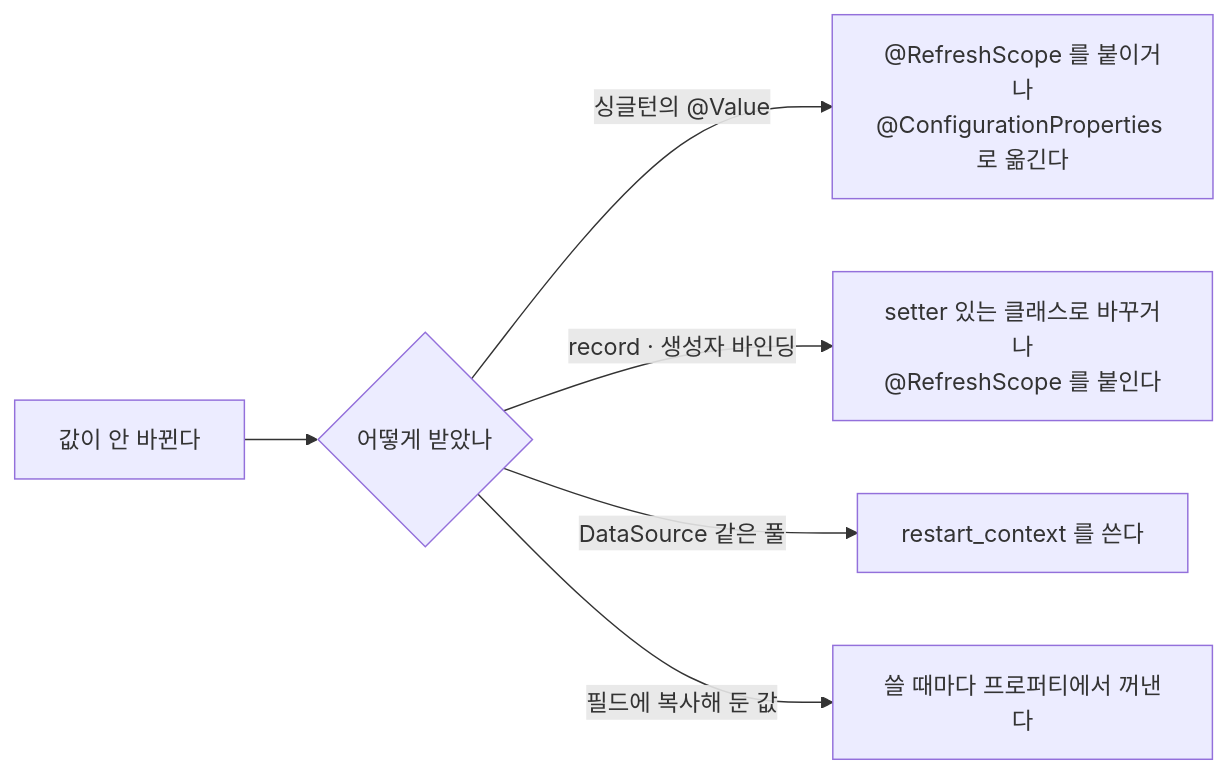
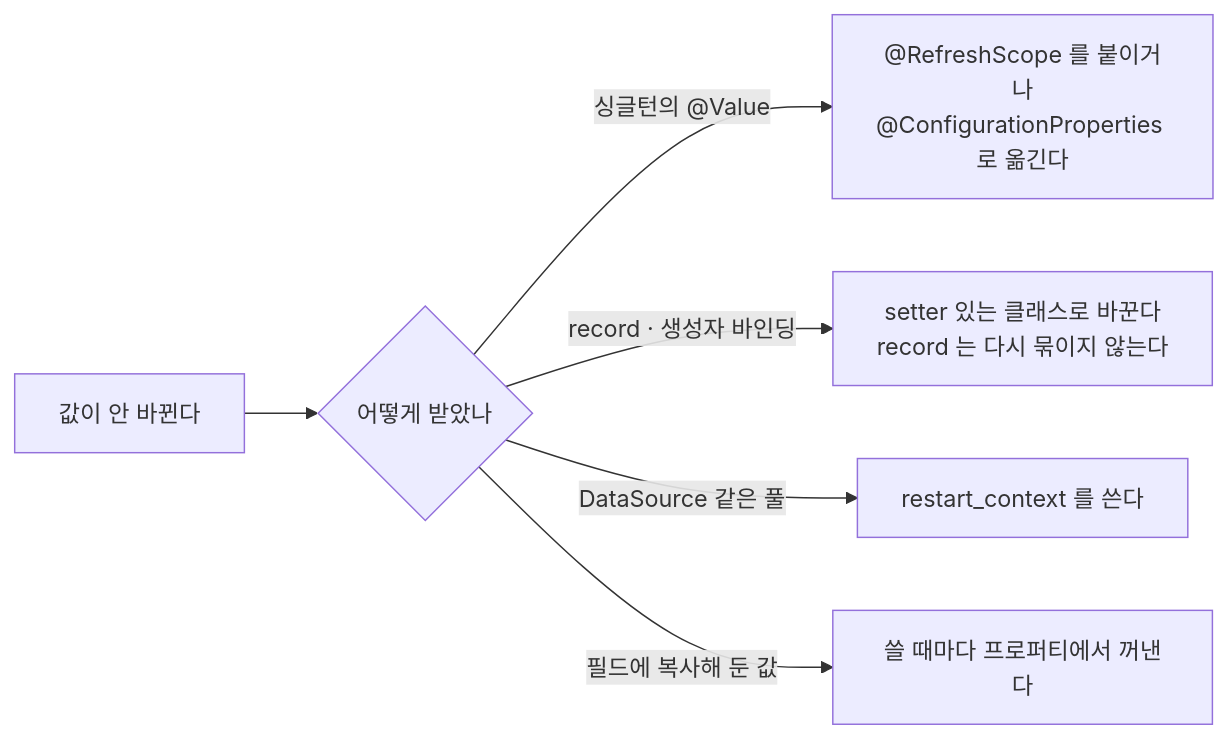
Before and after one commit to iinow/iinow.github.io: the seventh of 8 diagrams in _posts/2026-11-28-spring-aws-secrets-manager-reload.md, drawn with Mermaid. The commit also changed other lines of this file and 11 other files, not shown here.

````diff
--- a/_posts/2026-11-28-spring-aws-secrets-manager-reload.md
+++ b/_posts/2026-11-28-spring-aws-secrets-manager-reload.md
@@ -221,8 +223,8 @@
 ```mermaid
 flowchart LR
   A["값이 안 바뀐다"] --> B{"어떻게 받았나"}
   B -->|"싱글턴의 @Value"| C["@RefreshScope 를 붙이거나<br/>@ConfigurationProperties 로 옮긴다"]
-  B -->|"record · 생성자 바인딩"| D["setter 있는 클래스로 바꾸거나<br/>@RefreshScope 를 붙인다"]
+  B -->|"record · 생성자 바인딩"| D["setter 있는 클래스로 바꾼다<br/>record 는 다시 묶이지 않는다"]
   B -->|"DataSource 같은 풀"| E["restart_context 를 쓴다"]
   B -->|"필드에 복사해 둔 값"| F["쓸 때마다 프로퍼티에서 꺼낸다"]
 ```
````
